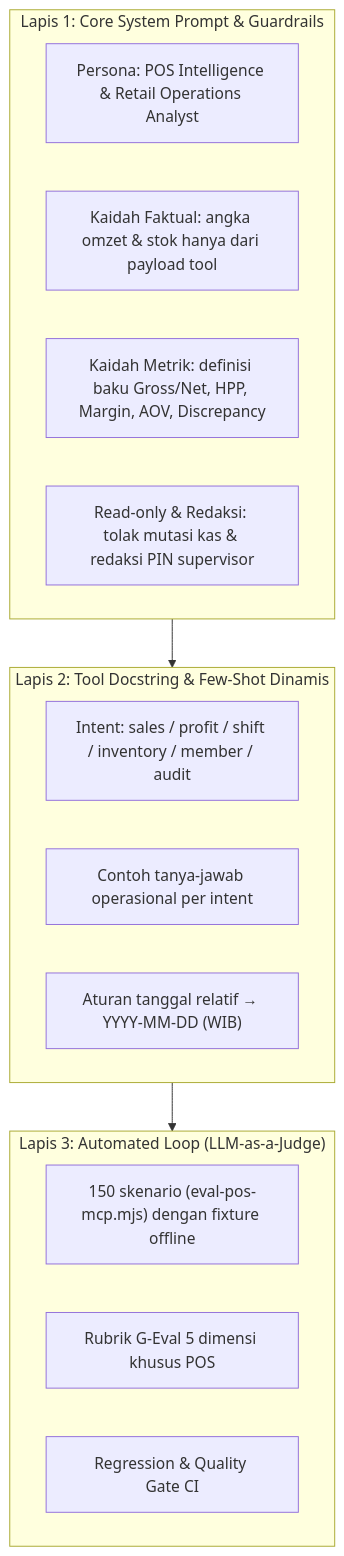
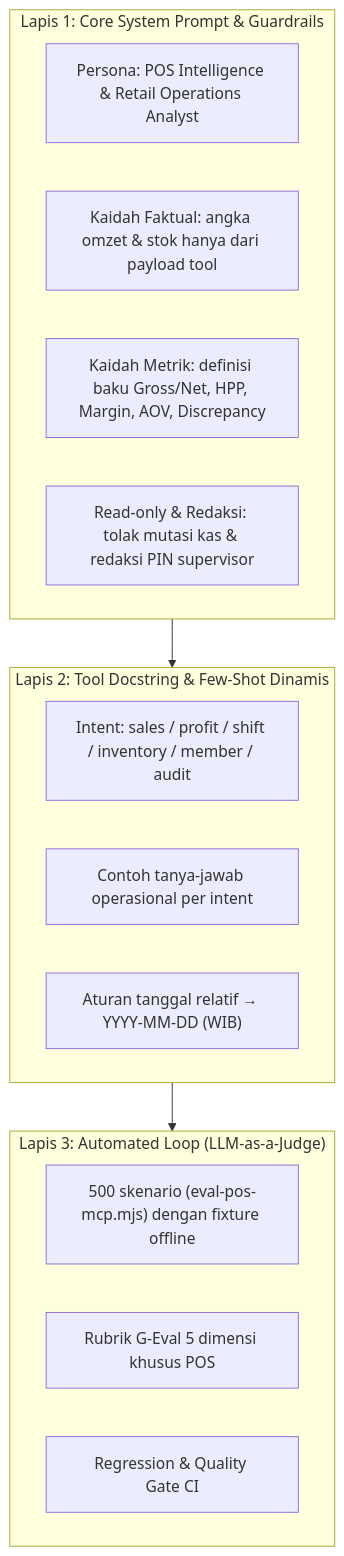
The diagram in docs/MCP/03_PROMPT_OPTIMIZATION_AND_LLM_JUDGE.md (yogaprasetya22/POS), drawn with Mermaid before and after one commit. The commit also changed other lines of this file and 7 other files, not shown here.

````diff
--- a/docs/MCP/03_PROMPT_OPTIMIZATION_AND_LLM_JUDGE.md
+++ b/docs/MCP/03_PROMPT_OPTIMIZATION_AND_LLM_JUDGE.md
@@ -8,20 +8,20 @@
 ```mermaid
 flowchart TD
     subgraph L1["Lapis 1: Core System Prompt & Guardrails"]
         S1["Persona: POS Intelligence & Retail Operations Analyst"]
         S2["Kaidah Faktual: angka omzet & stok hanya dari payload tool"]
         S3["Kaidah Metrik: definisi baku Gross/Net, HPP, Margin, AOV, Discrepancy"]
         S4["Read-only & Redaksi: tolak mutasi kas & redaksi PIN supervisor"]
     end
     subgraph L2["Lapis 2: Tool Docstring & Few-Shot Dinamis"]
         F1["Intent: sales / profit / shift / inventory / member / audit"]
         F2["Contoh tanya-jawab operasional per intent"]
         F3["Aturan tanggal relatif → YYYY-MM-DD (WIB)"]
     end
     subgraph L3["Lapis 3: Automated Loop (LLM-as-a-Judge)"]
-        D1["150 skenario (eval-pos-mcp.mjs) dengan fixture offline"]
+        D1["500 skenario (eval-pos-mcp.mjs) dengan fixture offline"]
         D2["Rubrik G-Eval 5 dimensi khusus POS"]
         D3["Regression & Quality Gate CI"]
     end
     L1 --> L2 --> L3
 ```
````
